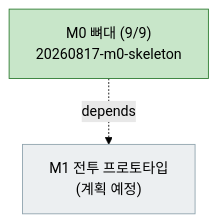
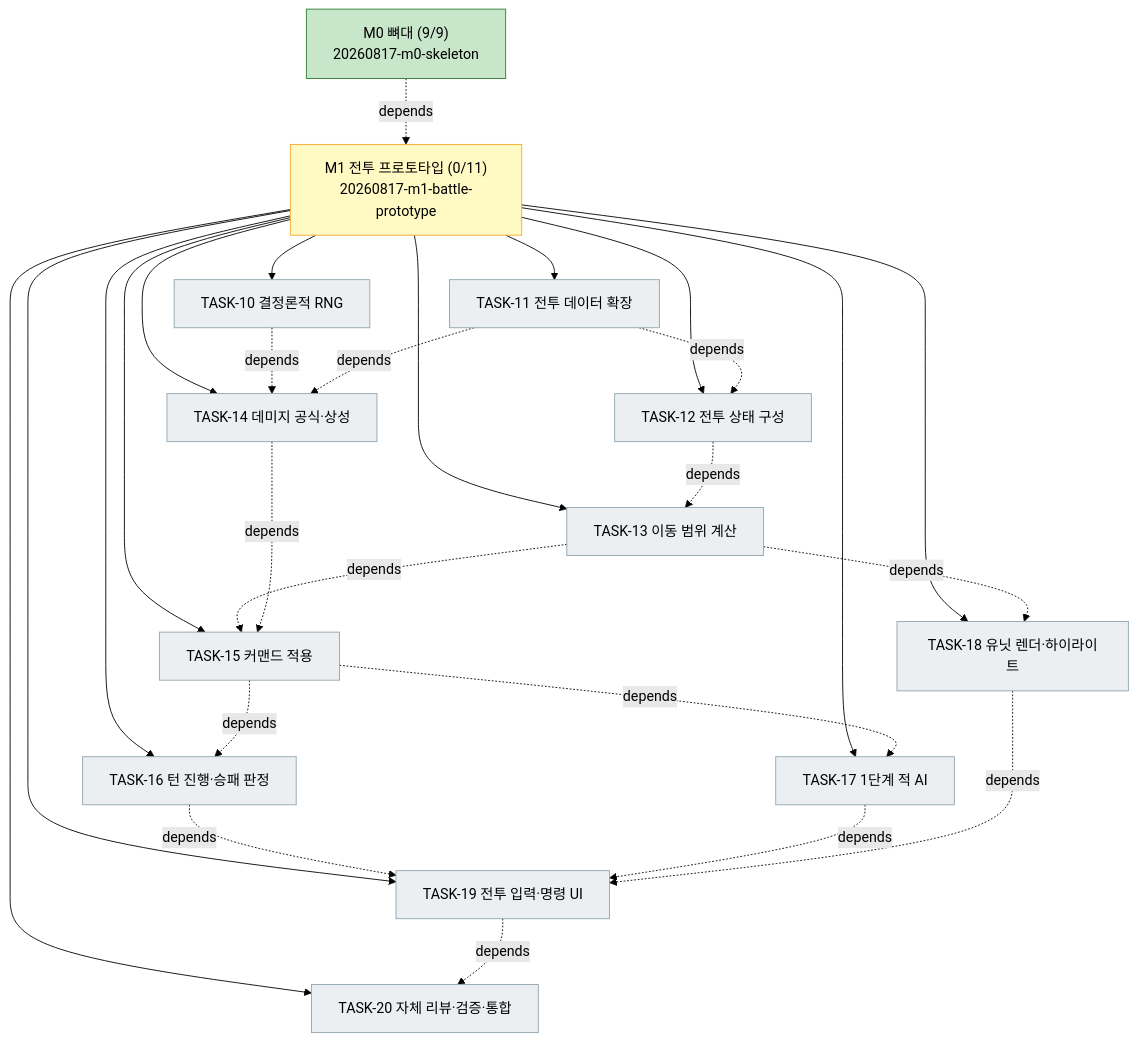
Before and after one commit to bluesky5008/HERO: the diagram in docs/plan.md, drawn with Mermaid (forest theme). The commit also changed other lines of this file and 1 other file, not shown here.

First line of the commit message:
docs(m1): 전투 프로토타입 계획 수립 및 세션 인계 기록

````diff
--- a/docs/plan.md
+++ b/docs/plan.md
@@ -49,10 +64,34 @@
 ```mermaid
 flowchart TD
     M0["M0 뼈대 (9/9)<br/>20260817-m0-skeleton"]:::done
-    M1["M1 전투 프로토타입<br/>(계획 예정)"]:::todo
+    M1["M1 전투 프로토타입 (0/11)<br/>20260817-m1-battle-prototype"]:::active
     M0 -. depends .-> M1
+    M1 --> T10["TASK-10 결정론적 RNG"]:::todo
+    M1 --> T11["TASK-11 전투 데이터 확장"]:::todo
+    M1 --> T12["TASK-12 전투 상태 구성"]:::todo
+    M1 --> T13["TASK-13 이동 범위 계산"]:::todo
+    M1 --> T14["TASK-14 데미지 공식·상성"]:::todo
+    M1 --> T15["TASK-15 커맨드 적용"]:::todo
+    M1 --> T16["TASK-16 턴 진행·승패 판정"]:::todo
+    M1 --> T17["TASK-17 1단계 적 AI"]:::todo
+    M1 --> T18["TASK-18 유닛 렌더·하이라이트"]:::todo
+    M1 --> T19["TASK-19 전투 입력·명령 UI"]:::todo
+    M1 --> T20["TASK-20 자체 리뷰·검증·통합"]:::todo
+    T11 -. depends .-> T12
+    T12 -. depends .-> T13
+    T10 -. depends .-> T14
+    T11 -. depends .-> T14
+    T13 -. depends .-> T15
+    T14 -. depends .-> T15
+    T15 -. depends .-> T16
+    T15 -. depends .-> T17
+    T13 -. depends .-> T18
+    T16 -. depends .-> T19
+    T17 -. depends .-> T19
+    T18 -. depends .-> T19
+    T19 -. depends .-> T20
     classDef done fill:#c8e6c9,stroke:#2e7d32
     classDef active fill:#fff9c4,stroke:#f9a825
     classDef todo fill:#eceff1,stroke:#90a4ae
     classDef gate fill:#ffcdd2,stroke:#c62828
 ```
````
